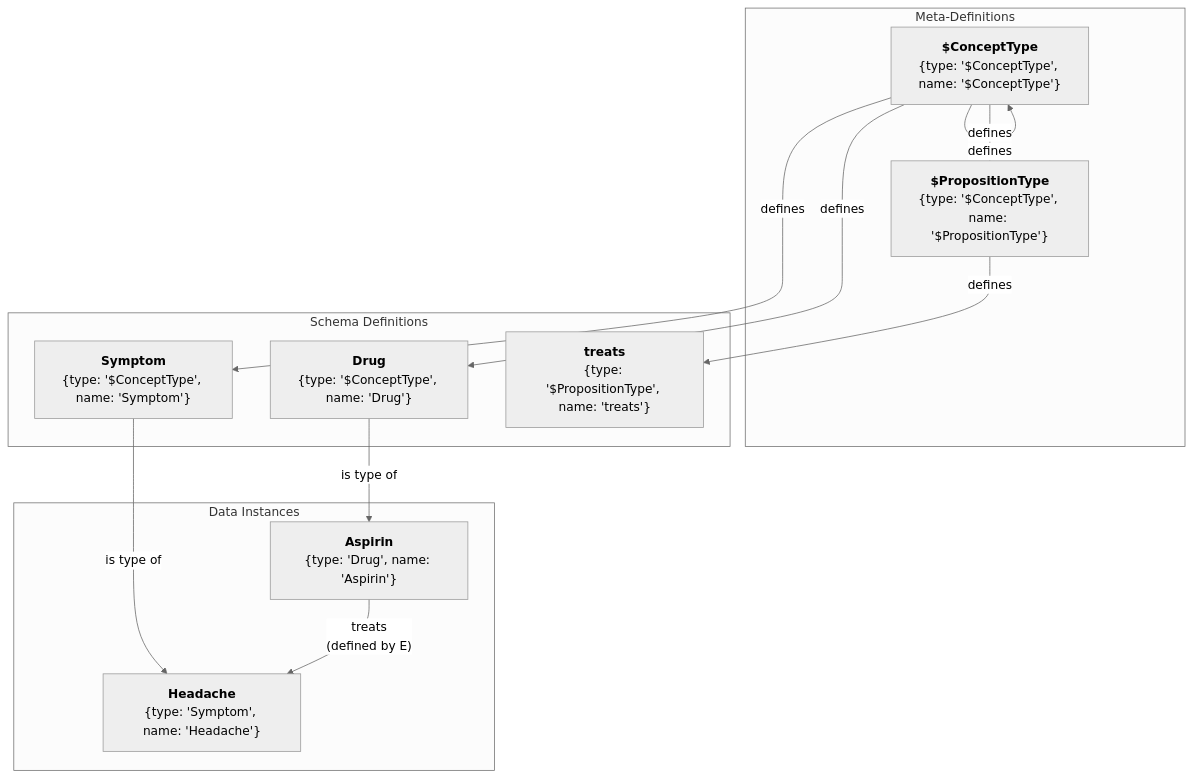
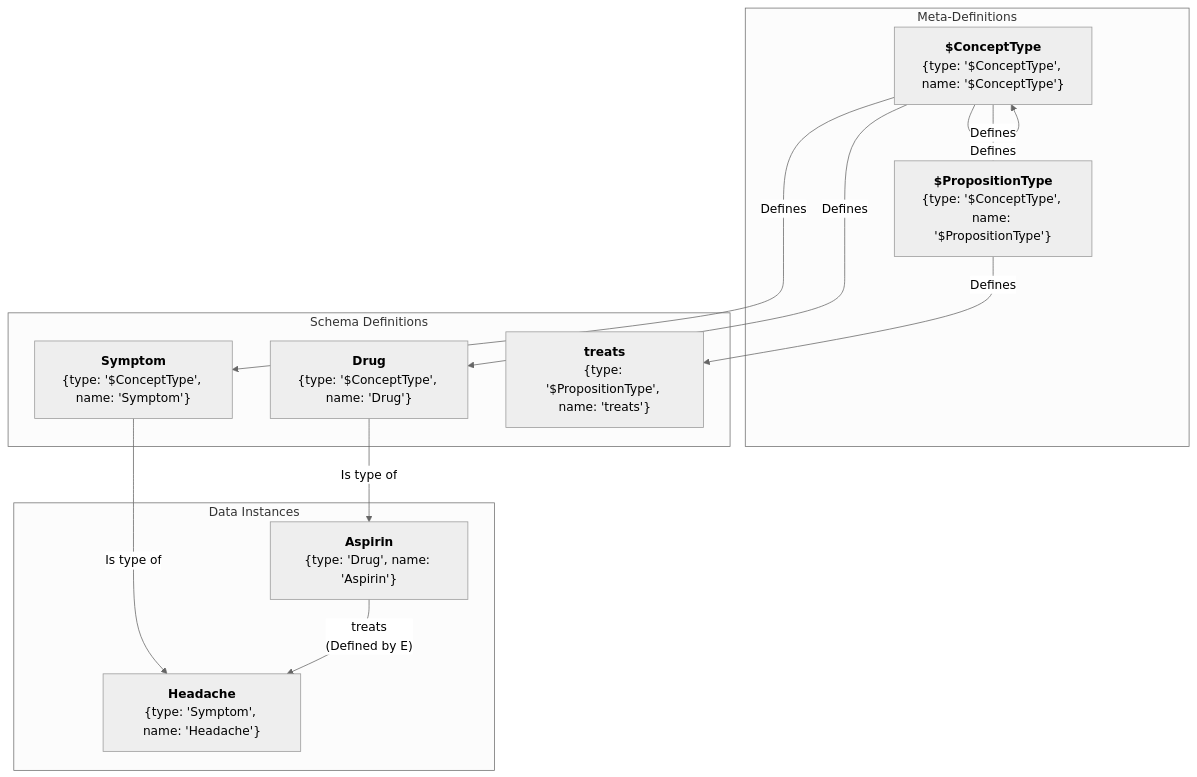
One commit to ldclabs/KIP changed the first of 2 diagrams in README.md. Above: the diagram before and after it, drawn with Mermaid (neutral theme). The commit also changed other lines of this file and 4 other files, not shown here.

````diff
--- a/README.md
+++ b/README.md
@@ -164,26 +167,26 @@
 ```mermaid
 graph TD
     subgraph "Meta-Definitions"
         A["<b>$ConceptType</b><br>{type: '$ConceptType', name: '$ConceptType'}"]
         B["<b>$PropositionType</b><br>{type: '$ConceptType', name: '$PropositionType'}"]
-        A -- defines --> A
-        A -- defines --> B
+        A -- Defines --> A
+        A -- Defines --> B
     end
 
     subgraph "Schema Definitions"
         C["<b>Drug</b><br>{type: '$ConceptType', name: 'Drug'}"]
         D["<b>Symptom</b><br>{type: '$ConceptType', name: 'Symptom'}"]
         E["<b>treats</b><br>{type: '$PropositionType', name: 'treats'}"]
-        A -- "defines" --> C
-        A -- "defines" --> D
-        B -- "defines" --> E
+        A -- "Defines" --> C
+        A -- "Defines" --> D
+        B -- "Defines" --> E
     end
 
     subgraph "Data Instances"
         F["<b>Aspirin</b><br>{type: 'Drug', name: 'Aspirin'}"]
         G["<b>Headache</b><br>{type: 'Symptom', name: 'Headache'}"]
-        C -- "is type of" --> F
-        D -- "is type of" --> G
-        F -- "treats<br>(defined by E)" --> G
+        C -- "Is type of" --> F
+        D -- "Is type of" --> G
+        F -- "treats<br>(Defined by E)" --> G
     end
 ```
````
